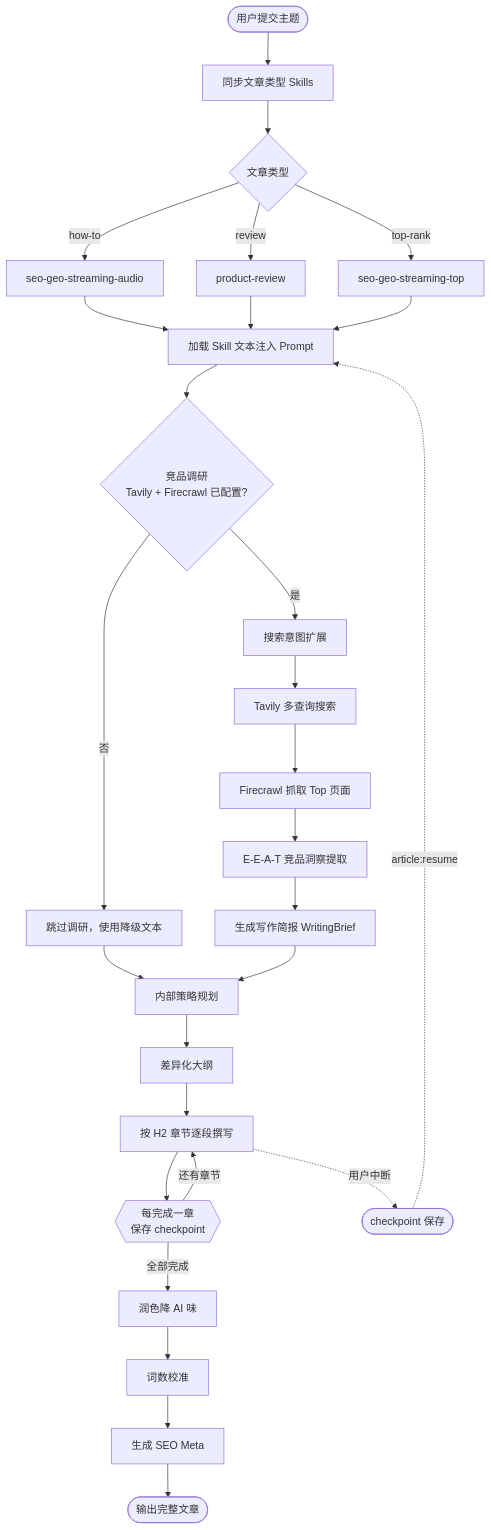
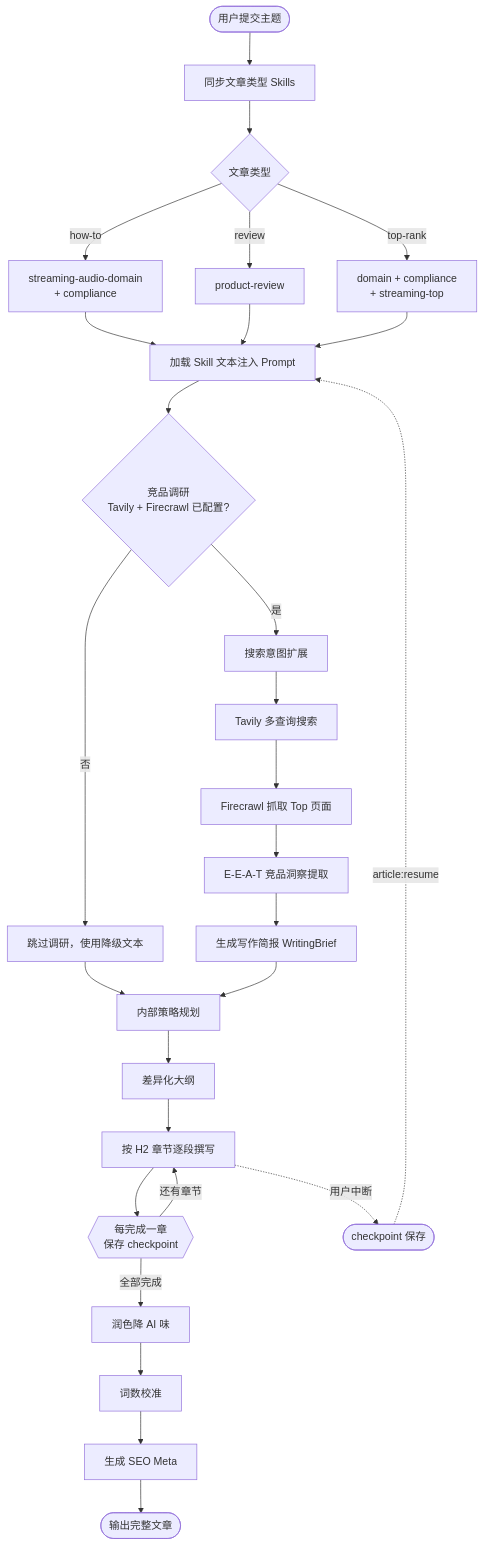
One commit to YieCham/seo-article-generate changed the second of 7 diagrams in README.md. Above: the diagram before and after it, drawn with Mermaid. The commit also changed other lines of this file and 89 other files, not shown here.

````diff
--- a/README.md
+++ b/README.md
@@ -85,39 +94,39 @@
 ```mermaid
 flowchart TD
   Start(["用户提交主题"]) --> SyncSkill[同步文章类型 Skills]
   SyncSkill --> SkillType{文章类型}
 
-  SkillType -->|how-to| S1[seo-geo-streaming-audio]
+  SkillType -->|how-to| S1[streaming-audio-domain<br/>+ compliance]
   SkillType -->|review| S2[product-review]
-  SkillType -->|top-rank| S3[seo-geo-streaming-top]
+  SkillType -->|top-rank| S3[domain + compliance<br/>+ streaming-top]
 
   S1 --> LoadSkill[加载 Skill 文本注入 Prompt]
   S2 --> LoadSkill
   S3 --> LoadSkill
 
   LoadSkill --> Research{竞品调研<br/>Tavily + Firecrawl 已配置?}
 
   Research -->|是| R1[搜索意图扩展]
   R1 --> R2[Tavily 多查询搜索]
   R2 --> R3[Firecrawl 抓取 Top 页面]
   R3 --> R4[E-E-A-T 竞品洞察提取]
   R4 --> R5[生成写作简报 WritingBrief]
 
   Research -->|否| R6[跳过调研，使用降级文本]
   R6 --> Plan
 
   R5 --> Plan[内部策略规划]
   Plan --> Outline[差异化大纲]
   Outline --> Draft[按 H2 章节逐段撰写]
 
   Draft --> CP1{{每完成一章<br/>保存 checkpoint}}
   CP1 -->|还有章节| Draft
   CP1 -->|全部完成| Polish
 
   Polish[润色降 AI 味] --> Length[词数校准]
   Length --> Meta[生成 SEO Meta]
   Meta --> Done(["输出完整文章"])
 
   Draft -.->|用户中断| Interrupt(["checkpoint 保存"])
   Interrupt -.->|article:resume| LoadSkill
 ```
````
